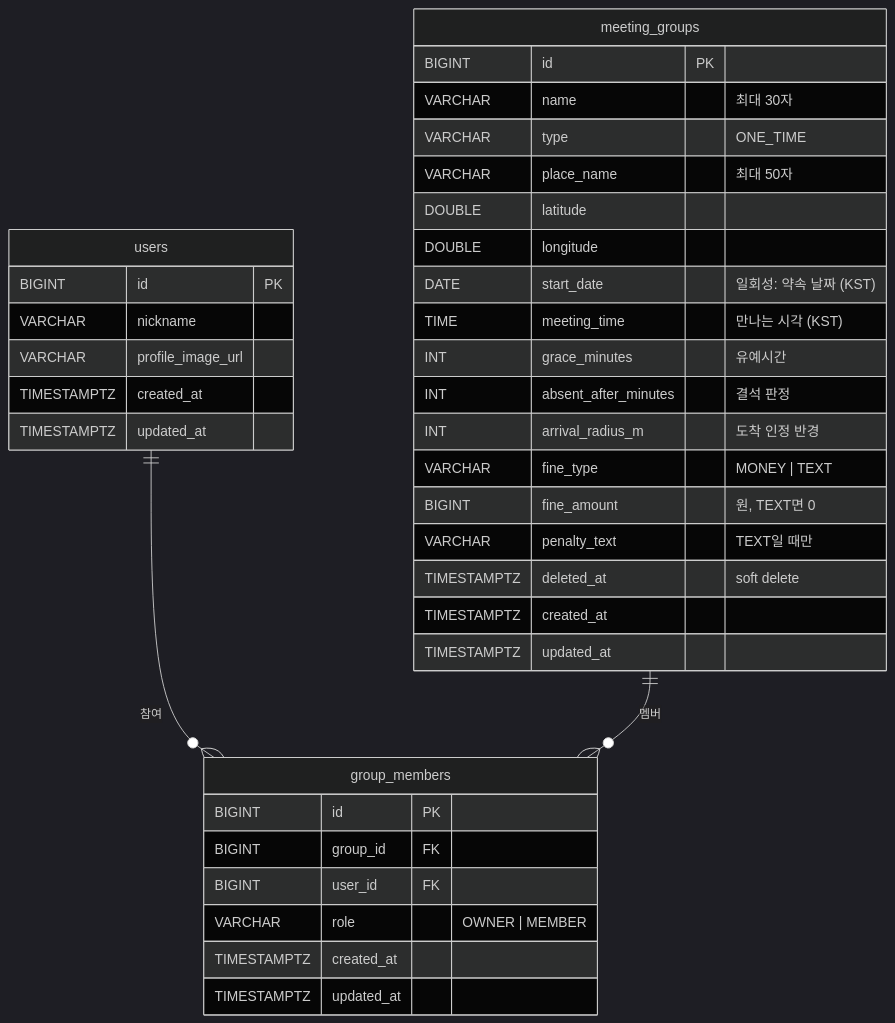
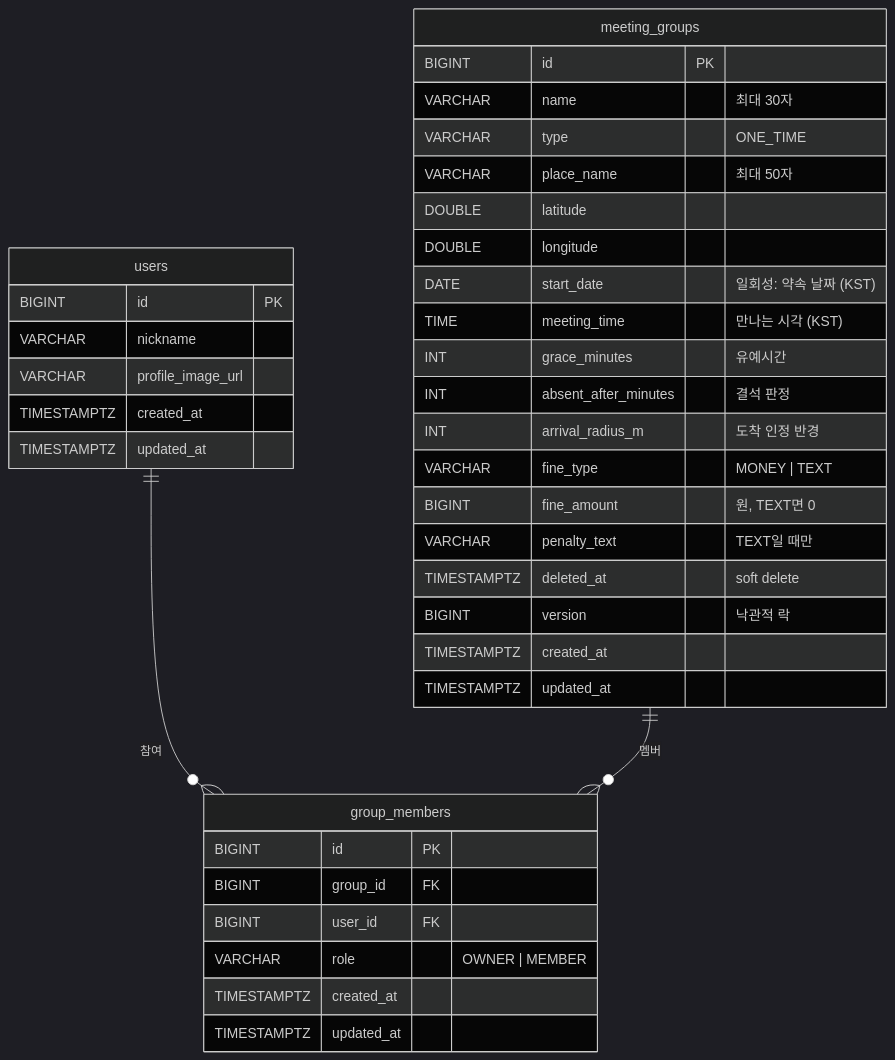
One commit to dkegldh/OnTime changed the diagram in README.md. Above: the diagram before and after it, drawn with Mermaid (dark theme). The commit also changed other lines of this file and 4 other files, not shown here.

Commit message:
fix: 이름 수정과 삭제가 겹치면 삭제가 되돌려지던 문제를 @Version 낙관적 락으로 방지 (#13)

````diff
--- a/README.md
+++ b/README.md
@@ -32,40 +32,41 @@
 ```mermaid
 erDiagram
     users ||--o{ group_members : "참여"
     meeting_groups ||--o{ group_members : "멤버"
 
     users {
         BIGINT id PK
         VARCHAR nickname
         VARCHAR profile_image_url
         TIMESTAMPTZ created_at
         TIMESTAMPTZ updated_at
     }
     meeting_groups {
         BIGINT id PK
         VARCHAR name "최대 30자"
         VARCHAR type "ONE_TIME"
         VARCHAR place_name "최대 50자"
         DOUBLE latitude
         DOUBLE longitude
         DATE start_date "일회성: 약속 날짜 (KST)"
         TIME meeting_time "만나는 시각 (KST)"
         INT grace_minutes "유예시간"
         INT absent_after_minutes "결석 판정"
         INT arrival_radius_m "도착 인정 반경"
         VARCHAR fine_type "MONEY | TEXT"
         BIGINT fine_amount "원, TEXT면 0"
         VARCHAR penalty_text "TEXT일 때만"
         TIMESTAMPTZ deleted_at "soft delete"
+        BIGINT version "낙관적 락"
         TIMESTAMPTZ created_at
         TIMESTAMPTZ updated_at
     }
     group_members {
         BIGINT id PK
         BIGINT group_id FK
         BIGINT user_id FK
         VARCHAR role "OWNER | MEMBER"
         TIMESTAMPTZ created_at
         TIMESTAMPTZ updated_at
     }
 ```
````
